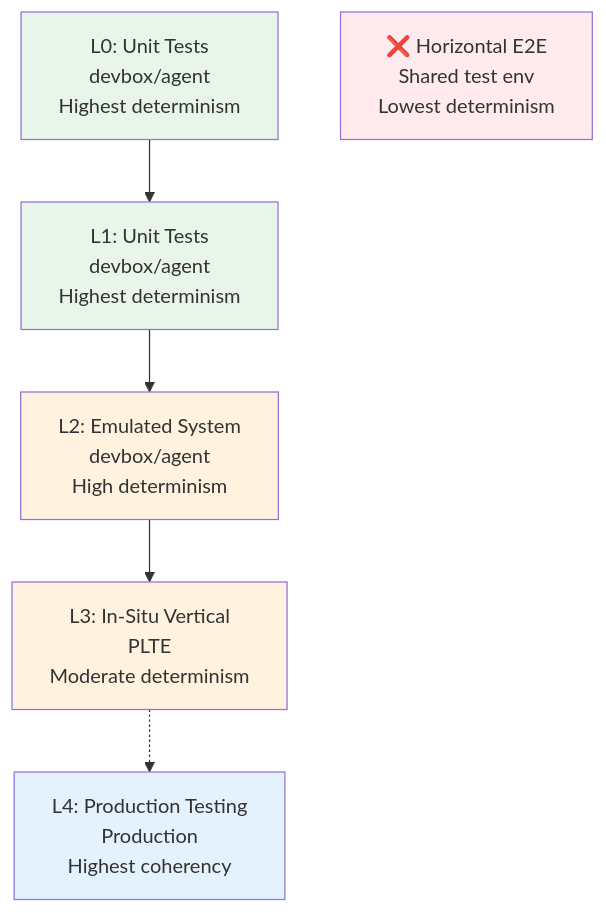
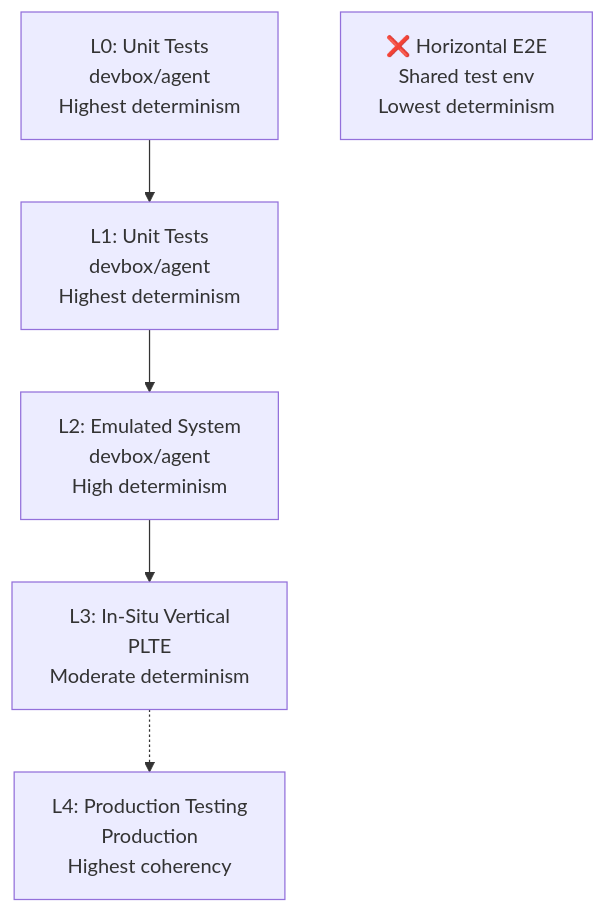
One commit to ready-to-release/eac changed the first of 2 diagrams in docs/explanation/continuous-delivery/testing/testing-strategy-overview.md. Above: the diagram before and after it, drawn with Mermaid. The commit also changed other lines of this file and 28 other files, not shown here.

````diff
--- a/docs/explanation/continuous-delivery/testing/testing-strategy-overview.md
+++ b/docs/explanation/continuous-delivery/testing/testing-strategy-overview.md
@@ -36,22 +36,16 @@
 ```mermaid
 flowchart TD
     L0["L0: Unit Tests<br/>devbox/agent<br/>Highest determinism"]
     L1["L1: Unit Tests<br/>devbox/agent<br/>Highest determinism"]
     L2["L2: Emulated System<br/>devbox/agent<br/>High determinism"]
     L3["L3: In-Situ Vertical<br/>PLTE<br/>Moderate determinism"]
     L4["L4: Production Testing<br/>Production<br/>Highest coherency"]
 
     L0 --> L1
     L1 --> L2
     L2 --> L3
     L3 -.-> L4
 
     Anti["❌ Horizontal E2E<br/>Shared test env<br/>Lowest determinism"]
 
-    style L0 fill:#e8f5e9
-    style L1 fill:#e8f5e9
-    style L2 fill:#fff3e0
-    style L3 fill:#fff3e0
-    style L4 fill:#e3f2fd
-    style Anti fill:#ffebee
 ```
````
